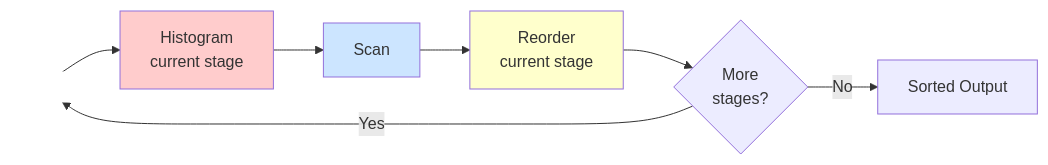
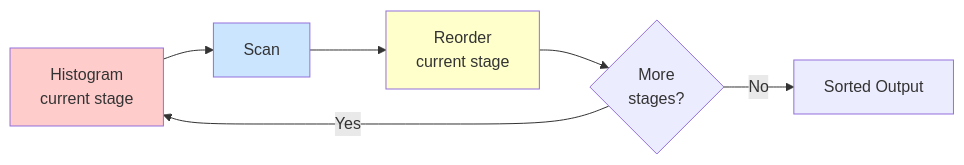
One commit to uxlfoundation/oneDPL changed the first of 3 diagrams in rfcs/experimental/radix_sort_esimd_sycl.md. Above: the diagram before and after it, drawn with Mermaid. The commit also changed other lines of this file, not shown here.

````diff
--- a/rfcs/experimental/radix_sort_esimd_sycl.md
+++ b/rfcs/experimental/radix_sort_esimd_sycl.md
@@ -44,14 +40,12 @@
 ```mermaid
 graph LR
-    Start[ ] --> A[Histogram<br/>current stage] 
-    A --> B[Scan]
+    A[Histogram<br/>current stage] --> B[Scan]
     B --> C[Reorder<br/>current stage]
     C --> D{More<br/>stages?}
-    D -->|Yes| Start
+    D -->|Yes| A
     D -->|No| E[Sorted Output]
 
-    style Start fill:#ffffff,stroke:#ffffff
     style A fill:#ffcccc
     style B fill:#cce5ff
     style C fill:#ffffcc
 ```
````
